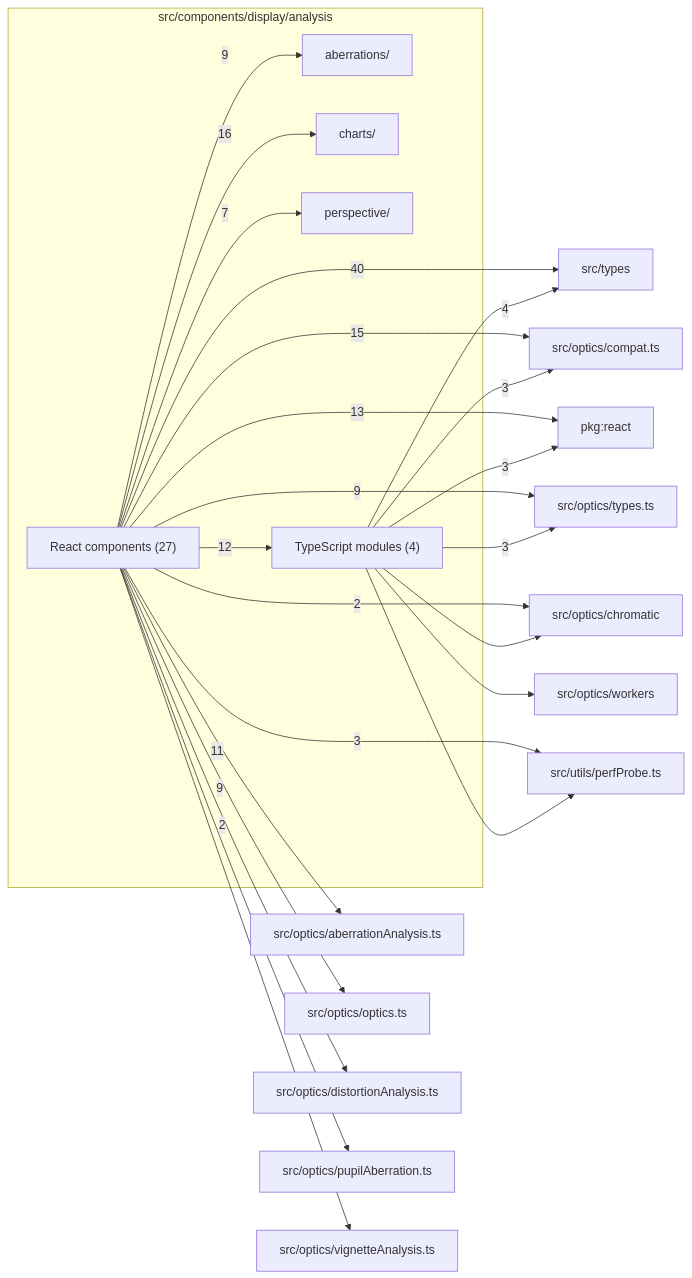
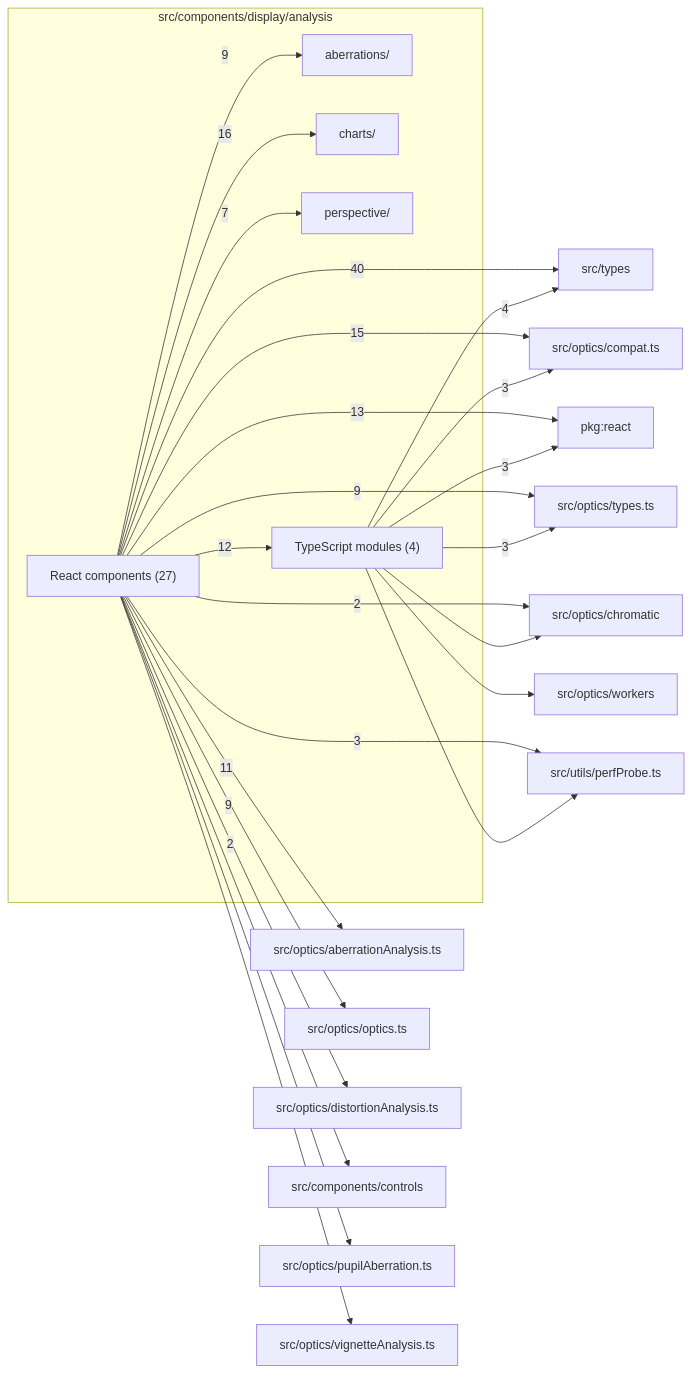
The diagram in src/components/display/analysis/readme.md (ronbuening/LensVisualizer), drawn with Mermaid before and after one commit. The commit also changed other lines of this file and 31 other files, not shown here.

````diff
--- a/src/components/display/analysis/readme.md
+++ b/src/components/display/analysis/readme.md
@@ -9,44 +9,46 @@
 ```mermaid
 flowchart LR
   subgraph n_src_components_display_analysis["src/components/display/analysis"]
     n_src_components_display_analysis_src_components_display_analysis_aberrations["aberrations/"]
     n_src_components_display_analysis_src_components_display_analysis_charts["charts/"]
     n_src_components_display_analysis_src_components_display_analysis_perspective["perspective/"]
     n_src_components_display_analysis_React_components["React components (27)"]
     n_src_components_display_analysis_TypeScript_modules["TypeScript modules (4)"]
   end
   n_external_src_types["src/types"]
   n_external_src_optics_compat_ts["src/optics/compat.ts"]
   n_external_pkg_react["pkg:react"]
   n_external_src_optics_aberrationAnalysis_ts["src/optics/aberrationAnalysis.ts"]
   n_external_src_optics_optics_ts["src/optics/optics.ts"]
   n_external_src_optics_types_ts["src/optics/types.ts"]
   n_external_src_utils_perfProbe_ts["src/utils/perfProbe.ts"]
   n_external_src_optics_chromatic["src/optics/chromatic"]
   n_external_src_optics_distortionAnalysis_ts["src/optics/distortionAnalysis.ts"]
+  n_external_src_components_controls["src/components/controls"]
   n_external_src_optics_pupilAberration_ts["src/optics/pupilAberration.ts"]
   n_external_src_optics_vignetteAnalysis_ts["src/optics/vignetteAnalysis.ts"]
   n_external_src_optics_workers["src/optics/workers"]
   n_src_components_display_analysis_React_components --> |40| n_external_src_types
   n_src_components_display_analysis_React_components --> |16| n_src_components_display_analysis_src_components_display_analysis_charts
   n_src_components_display_analysis_React_components --> |15| n_external_src_optics_compat_ts
   n_src_components_display_analysis_React_components --> |13| n_external_pkg_react
   n_src_components_display_analysis_React_components --> |12| n_src_components_display_analysis_TypeScript_modules
   n_src_components_display_analysis_React_components --> |11| n_external_src_optics_aberrationAnalysis_ts
   n_src_components_display_analysis_React_components --> |9| n_external_src_optics_optics_ts
   n_src_components_display_analysis_React_components --> |9| n_external_src_optics_types_ts
   n_src_components_display_analysis_React_components --> |9| n_src_components_display_analysis_src_components_display_analysis_aberrations
   n_src_components_display_analysis_React_components --> |7| n_src_components_display_analysis_src_components_display_analysis_perspective
   n_src_components_display_analysis_TypeScript_modules --> |4| n_external_src_types
   n_src_components_display_analysis_TypeScript_modules --> |3| n_external_pkg_react
   n_src_components_display_analysis_TypeScript_modules --> |3| n_external_src_optics_compat_ts
   n_src_components_display_analysis_TypeScript_modules --> |3| n_external_src_optics_types_ts
   n_src_components_display_analysis_React_components --> |3| n_external_src_utils_perfProbe_ts
   n_src_components_display_analysis_React_components --> |2| n_external_src_optics_chromatic
   n_src_components_display_analysis_React_components --> |2| n_external_src_optics_distortionAnalysis_ts
+  n_src_components_display_analysis_React_components --> n_external_src_components_controls
   n_src_components_display_analysis_TypeScript_modules --> n_external_src_optics_chromatic
   n_src_components_display_analysis_React_components --> n_external_src_optics_pupilAberration_ts
   n_src_components_display_analysis_React_components --> n_external_src_optics_vignetteAnalysis_ts
   n_src_components_display_analysis_TypeScript_modules --> n_external_src_optics_workers
   n_src_components_display_analysis_TypeScript_modules --> n_external_src_utils_perfProbe_ts
 ```
````
